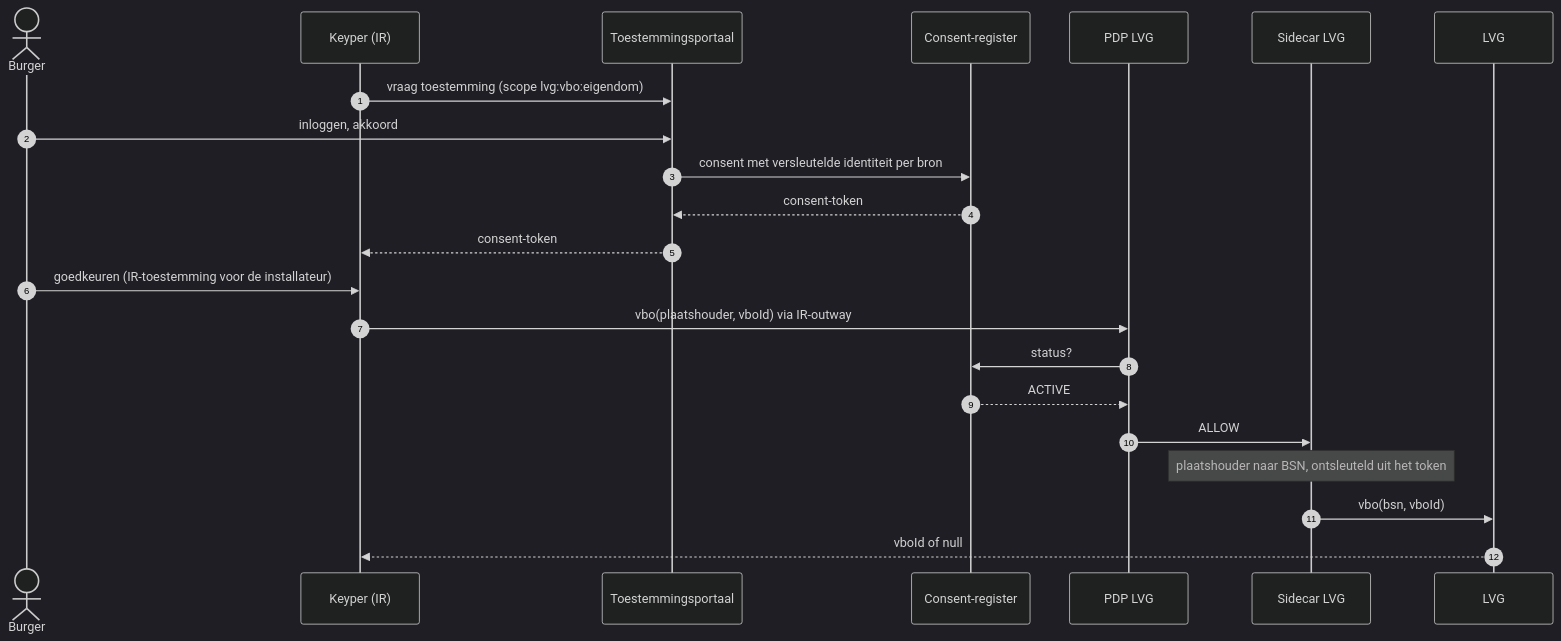
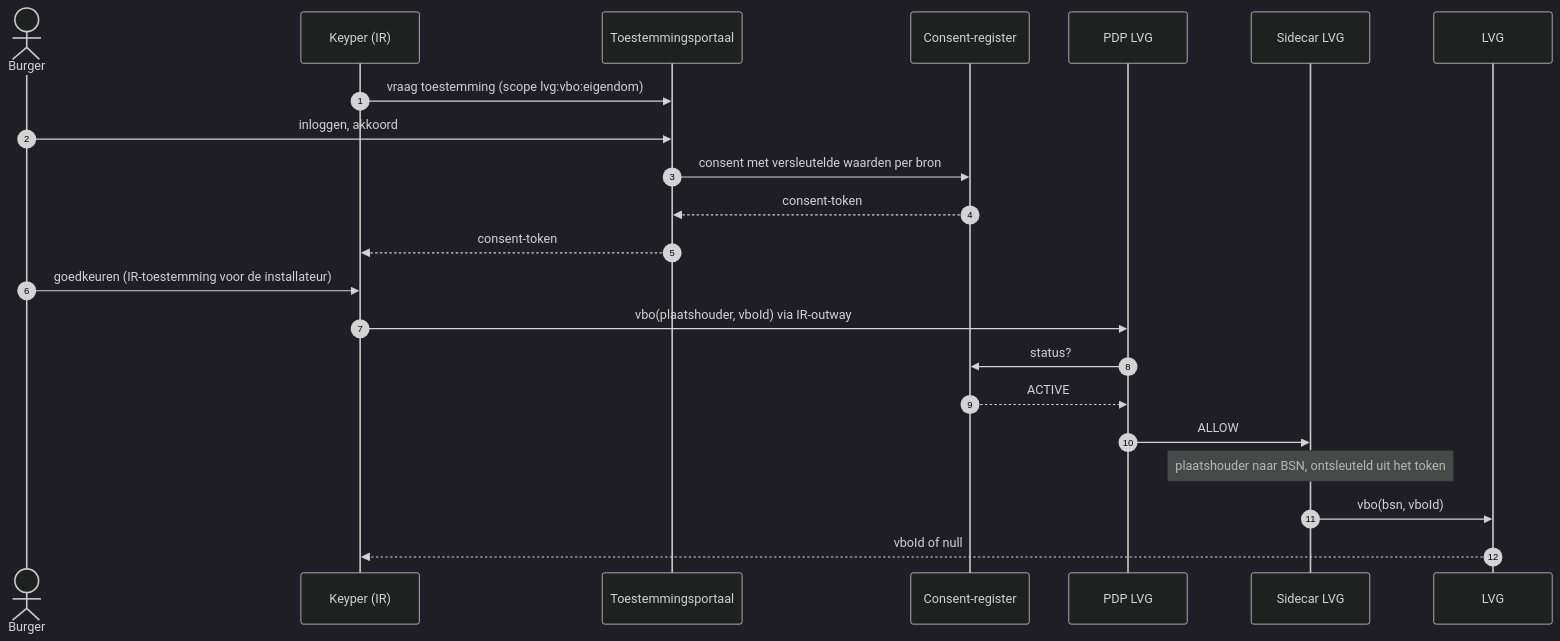
The diagram in docs/lvg-ir.md (ICTU/GBO-demo), drawn with Mermaid (dark theme) before and after one commit. The commit also changed 28 other files, not shown here.

````diff
--- a/docs/lvg-ir.md
+++ b/docs/lvg-ir.md
@@ -35,24 +35,24 @@
 ```mermaid
 sequenceDiagram
     autonumber
     actor B as Burger
     participant K as Keyper (IR)
     participant P as Toestemmingsportaal
     participant R as Consent-register
     participant PDP as PDP LVG
     participant S as Sidecar LVG
     participant L as LVG
     K->>P: vraag toestemming (scope lvg:vbo:eigendom)
     B->>P: inloggen, akkoord
-    P->>R: consent met versleutelde identiteit per bron
+    P->>R: consent met versleutelde waarden per bron
     R-->>P: consent-token
     P-->>K: consent-token
     B->>K: goedkeuren (IR-toestemming voor de installateur)
     K->>PDP: vbo(plaatshouder, vboId) via IR-outway
     PDP->>R: status?
     R-->>PDP: ACTIVE
     PDP->>S: ALLOW
     Note over S: plaatshouder naar BSN, ontsleuteld uit het token
     S->>L: vbo(bsn, vboId)
     L-->>K: vboId of null
 ```
````
